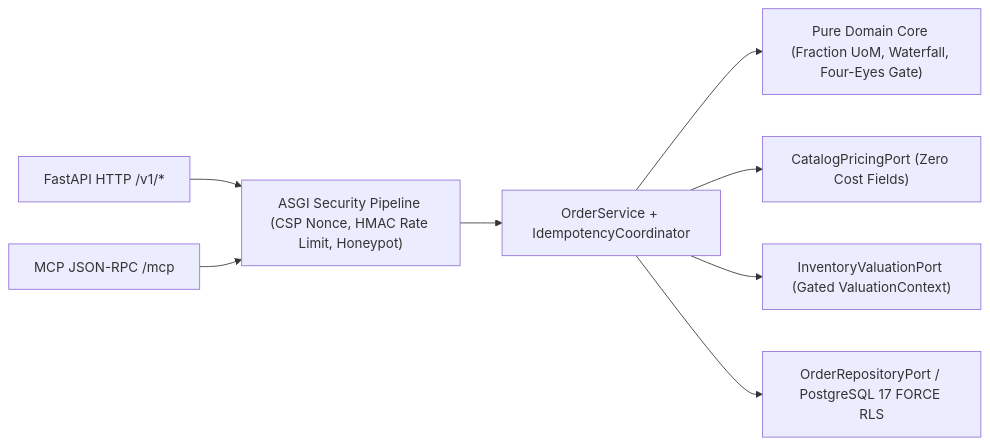
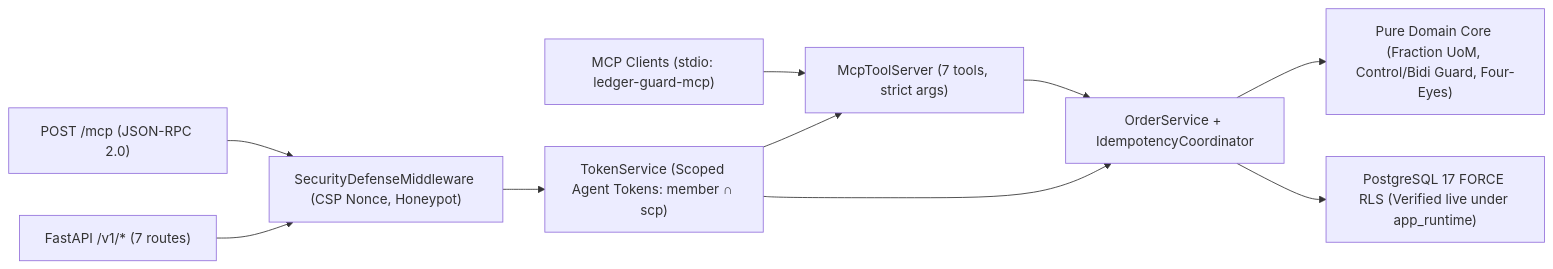
The diagram in README.md (mfelisberto90/ledger-guard), drawn with Mermaid before and after one commit. The commit also changed other lines of this file and 25 other files, not shown here.

Commit message:
feat: add native stdio MCP server, REST/MCP parity, delegated tokens and live PG17 RLS CI (#2)

````diff
--- a/README.md
+++ b/README.md
@@ -18,10 +18,12 @@
 ```mermaid
 flowchart LR
-    HTTP["FastAPI HTTP /v1/*"] --> MW["ASGI Security Pipeline (CSP Nonce, HMAC Rate Limit, Honeypot)"]
-    MCP["MCP JSON-RPC /mcp"] --> MW
-    MW --> APP["OrderService + IdempotencyCoordinator"]
-    APP --> DOM["Pure Domain Core (Fraction UoM, Waterfall, Four-Eyes Gate)"]
-    APP --> CAT["CatalogPricingPort (Zero Cost Fields)"]
-    APP --> VAL["InventoryValuationPort (Gated ValuationContext)"]
-    APP --> DB["OrderRepositoryPort / PostgreSQL 17 FORCE RLS"]
+    STDIO["MCP Clients (stdio: ledger-guard-mcp)"] --> MCP["McpToolServer (7 tools, strict args)"]
+    HTTP_MCP["POST /mcp (JSON-RPC 2.0)"] --> MW["SecurityDefenseMiddleware (CSP Nonce, Honeypot)"]
+    REST["FastAPI /v1/* (7 routes)"] --> MW
+    MW --> AUTH["TokenService (Scoped Agent Tokens: member ∩ scp)"]
+    AUTH --> MCP
+    AUTH --> APP["OrderService + IdempotencyCoordinator"]
+    MCP --> APP
+    APP --> DOM["Pure Domain Core (Fraction UoM, Control/Bidi Guard, Four-Eyes)"]
+    APP --> DB["PostgreSQL 17 FORCE RLS (Verified live under app_runtime)"]
 ```
````
